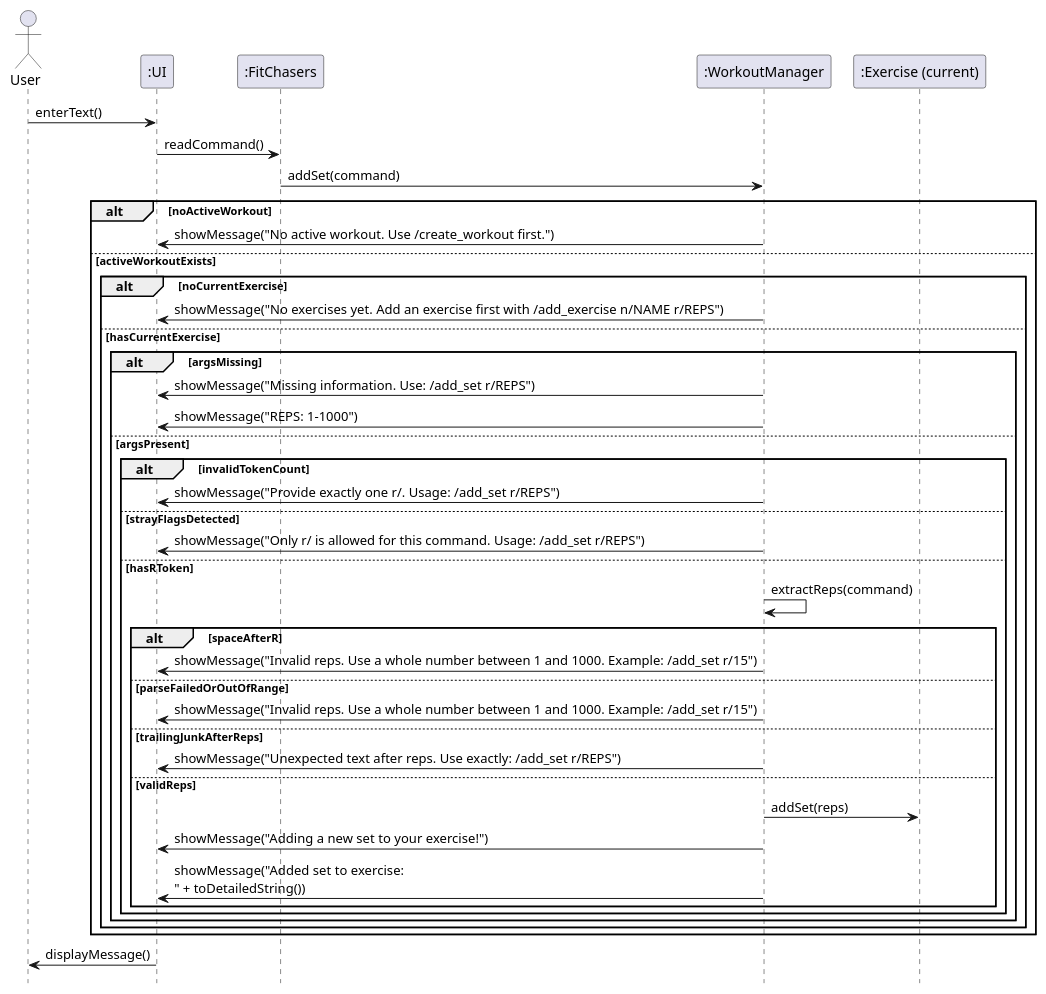
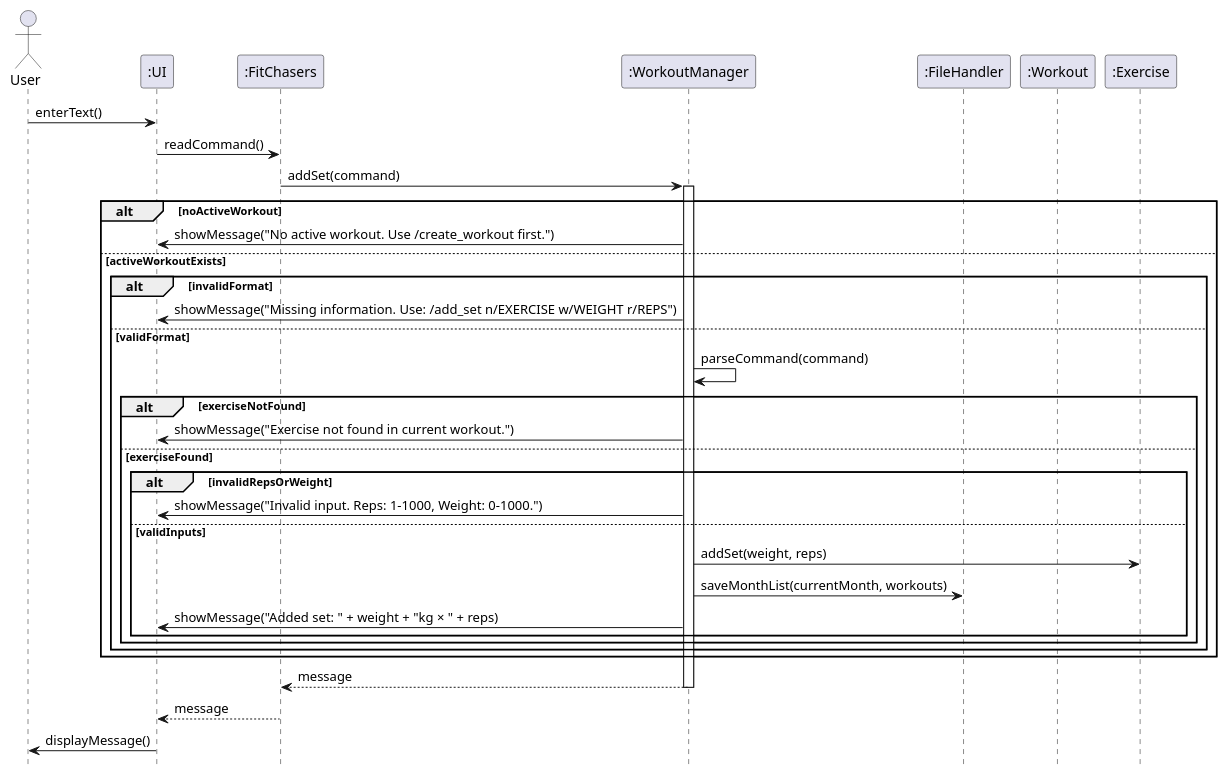
One commit to Exceptional-Khoi/tp changed the diagram in docs/diagrams/SD_addset.puml. Above: the diagram before and after it, drawn with PlantUML. The commit also changed 9 other files, not shown here.

Commit message:
Added object diagrams

```diff
--- a/docs/diagrams/SD_addset.puml
+++ b/docs/diagrams/SD_addset.puml
@@ -1,52 +1,48 @@
 @startuml
-
-' --- Styling (kept minimal & consistent) ---
+' --- Minimal consistent styling ---
 skinparam sequenceParticipantType rectangle
 skinparam shadowing false
 skinparam responseMessageBelowArrow true
 hide footbox
 
-actor    User
+actor User
 participant ":UI" as UI
 participant ":FitChasers" as App
 participant ":WorkoutManager" as WM
-participant ":Exercise (current)" as E
+participant ":FileHandler" as FH
+participant ":Workout" as W
+participant ":Exercise" as E
 
 User -> UI : enterText()
 UI -> App : readCommand()
 App -> WM : addSet(command)
+activate WM
 
 alt noActiveWorkout
   WM -> UI : showMessage("No active workout. Use /create_workout first.")
 else activeWorkoutExists
-  alt noCurrentExercise
-    WM -> UI : showMessage("No exercises yet. Add an exercise first with /add_exercise n/NAME r/REPS")
-  else hasCurrentExercise
-    alt argsMissing
-      WM -> UI : showMessage("Missing information. Use: /add_set r/REPS")
-      WM -> UI : showMessage("REPS: 1–1000")
-    else argsPresent
-      alt invalidTokenCount
-        WM -> UI : showMessage("Provide exactly one r/. Usage: /add_set r/REPS")
-      else strayFlagsDetected
-        WM -> UI : showMessage("Only r/ is allowed for this command. Usage: /add_set r/REPS")
-      else hasRToken
-        WM -> WM : extractReps(command)
-        alt spaceAfterR
-          WM -> UI : showMessage("Invalid reps. Use a whole number between 1 and 1000. Example: /add_set r/15")
-        else parseFailedOrOutOfRange
-          WM -> UI : showMessage("Invalid reps. Use a whole number between 1 and 1000. Example: /add_set r/15")
-        else trailingJunkAfterReps
-          WM -> UI : showMessage("Unexpected text after reps. Use exactly: /add_set r/REPS")
-        else validReps
-          WM -> E : addSet(reps)
-          WM -> UI : showMessage("Adding a new set to your exercise!")
-          WM -> UI : showMessage("Added set to exercise:\n" + toDetailedString())
-        end
+  alt invalidFormat
+    WM -> UI : showMessage("Missing information. Use: /add_set n/EXERCISE w/WEIGHT r/REPS")
+  else validFormat
+    WM -> WM : parseCommand(command)
+    alt exerciseNotFound
+      WM -> UI : showMessage("Exercise not found in current workout.")
+    else exerciseFound
+      alt invalidRepsOrWeight
+        WM -> UI : showMessage("Invalid input. Reps: 1–1000, Weight: 0–1000.")
+      else validInputs
+        WM -> E : addSet(weight, reps)
+        WM -> FH : saveMonthList(currentMonth, workouts)
+        WM -> UI : showMessage("Added set: " + weight + "kg × " + reps)
       end
     end
   end
 end
 
+WM --> App : message
+deactivate WM
+
+App --> UI : message
 UI -> User : displayMessage()
+
 @enduml
```
